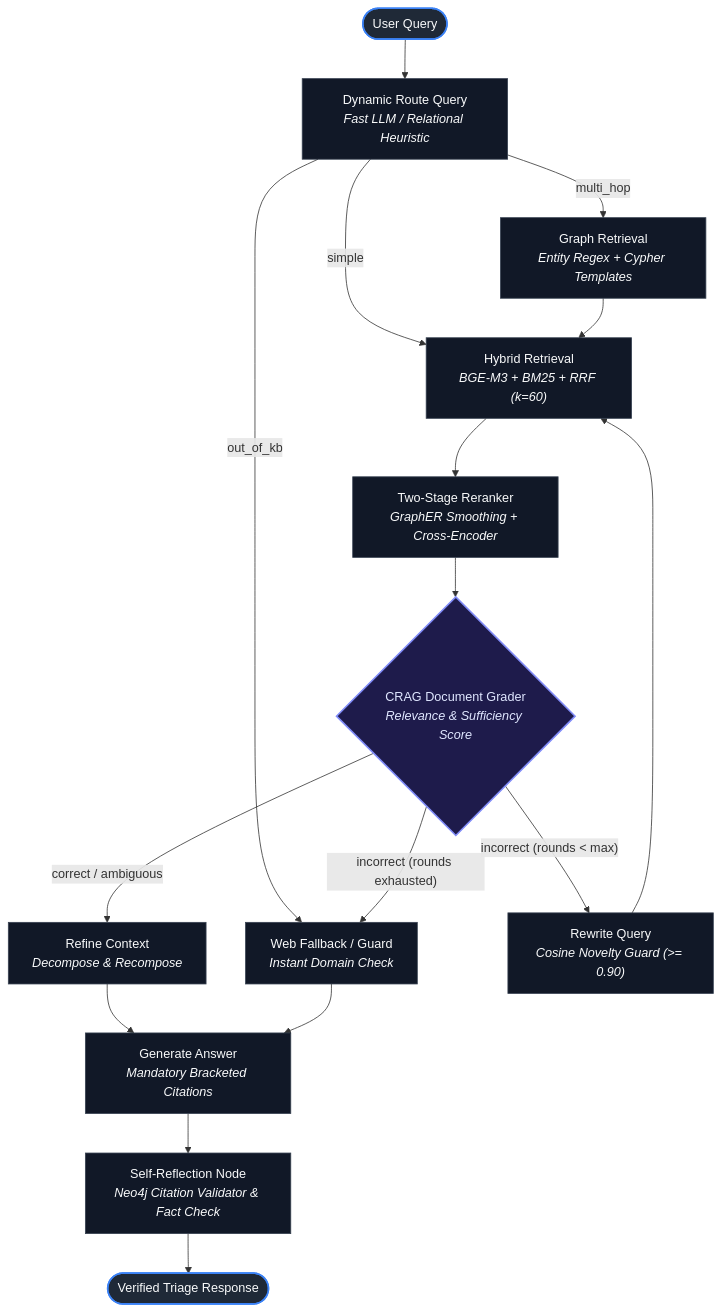
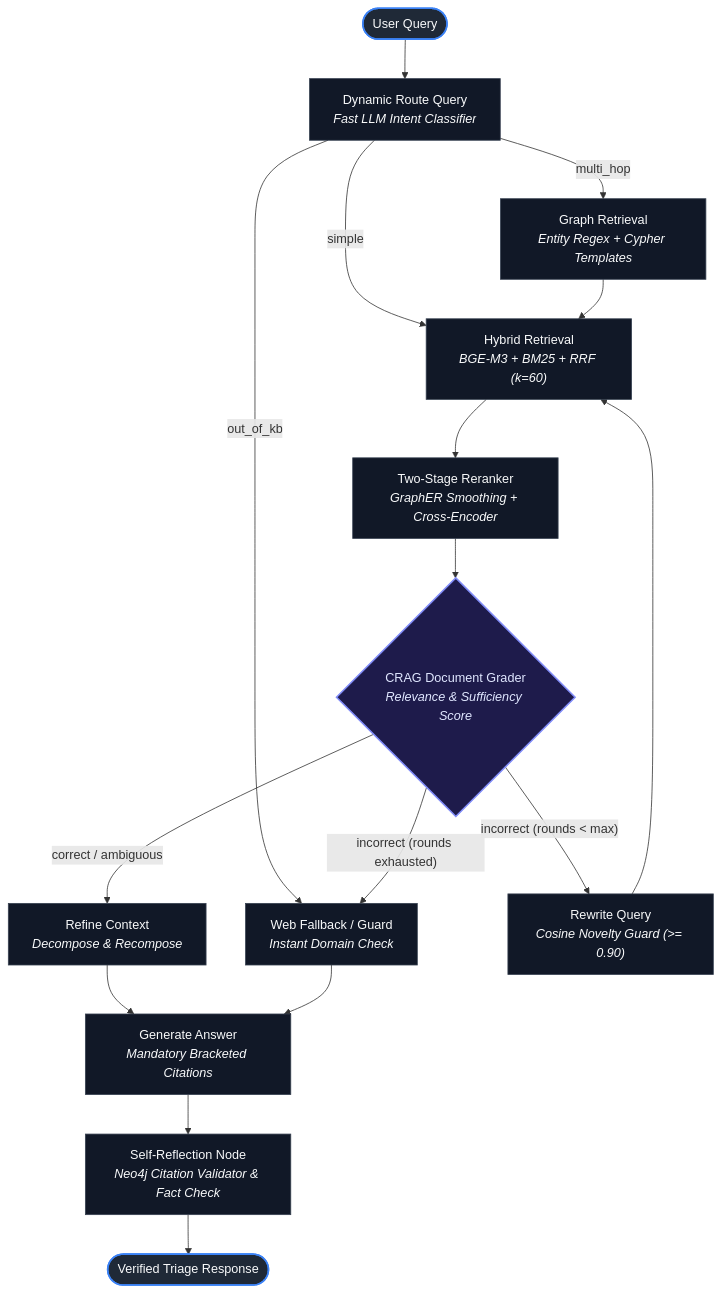
One commit to PanavCodes/SecuRAG changed the first of 2 diagrams in README.md. Above: the diagram before and after it, drawn with Mermaid. The commit also changed other lines of this file and 1 other file, not shown here.

Commit message:
docs: modernize README with architecture overview, quickstart guides, and documentation links; enhance .gitignore

````diff
--- a/README.md
+++ b/README.md
@@ -38,32 +71,32 @@
 ```mermaid
 flowchart TD
-    START([User Query]) --> RouteQuery["Dynamic Route Query<br/><i>Fast LLM / Relational Heuristic</i>"]
+    START([User Query]) --> RouteQuery["Dynamic Route Query<br/><i>Fast LLM Intent Classifier</i>"]
     
     RouteQuery -->|"simple"| RetrieveHybrid["Hybrid Retrieval<br/><i>BGE-M3 + BM25 + RRF (k=60)</i>"]
     RouteQuery -->|"multi_hop"| RetrieveGraph["Graph Retrieval<br/><i>Entity Regex + Cypher Templates</i>"]
     RouteQuery -->|"out_of_kb"| WebFallback["Web Fallback / Guard<br/><i>Instant Domain Check</i>"]
     
     RetrieveGraph --> RetrieveHybrid
     RetrieveHybrid --> Rerank["Two-Stage Reranker<br/><i>GraphER Smoothing + Cross-Encoder</i>"]
     
     Rerank --> GradeDocs{"CRAG Document Grader<br/><i>Relevance & Sufficiency Score</i>"}
     
     GradeDocs -->|"correct / ambiguous"| RefineContext["Refine Context<br/><i>Decompose & Recompose</i>"]
     GradeDocs -->|"incorrect (rounds < max)"| RewriteQuery["Rewrite Query<br/><i>Cosine Novelty Guard (>= 0.90)</i>"]
     RewriteQuery --> RetrieveHybrid
     GradeDocs -->|"incorrect (rounds exhausted)"| WebFallback
     
     RefineContext --> Generate["Generate Answer<br/><i>Mandatory Bracketed Citations</i>"]
     WebFallback --> Generate
     
     Generate --> Reflect["Self-Reflection Node<br/><i>Neo4j Citation Validator & Fact Check</i>"]
     Reflect --> END([Verified Triage Response])
 
     classDef startEnd fill:#1f2937,stroke:#3b82f6,stroke-width:2px,color:#f9fafb;
     classDef process fill:#111827,stroke:#374151,stroke-width:1px,color:#f9fafb;
     classDef decision fill:#1e1b4b,stroke:#818cf8,stroke-width:2px,color:#e0e7ff;
     
     class START,END startEnd;
     class RouteQuery,RetrieveHybrid,RetrieveGraph,Rerank,RefineContext,RewriteQuery,WebFallback,Generate,Reflect process;
     class GradeDocs decision;
 ```
````
